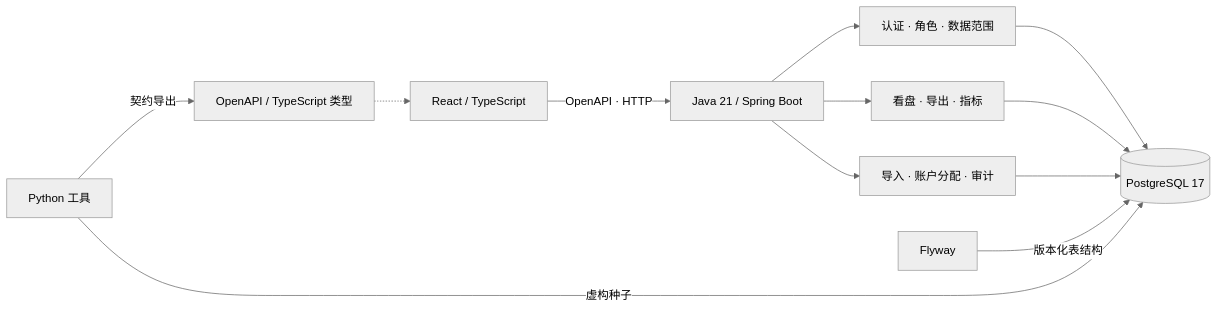
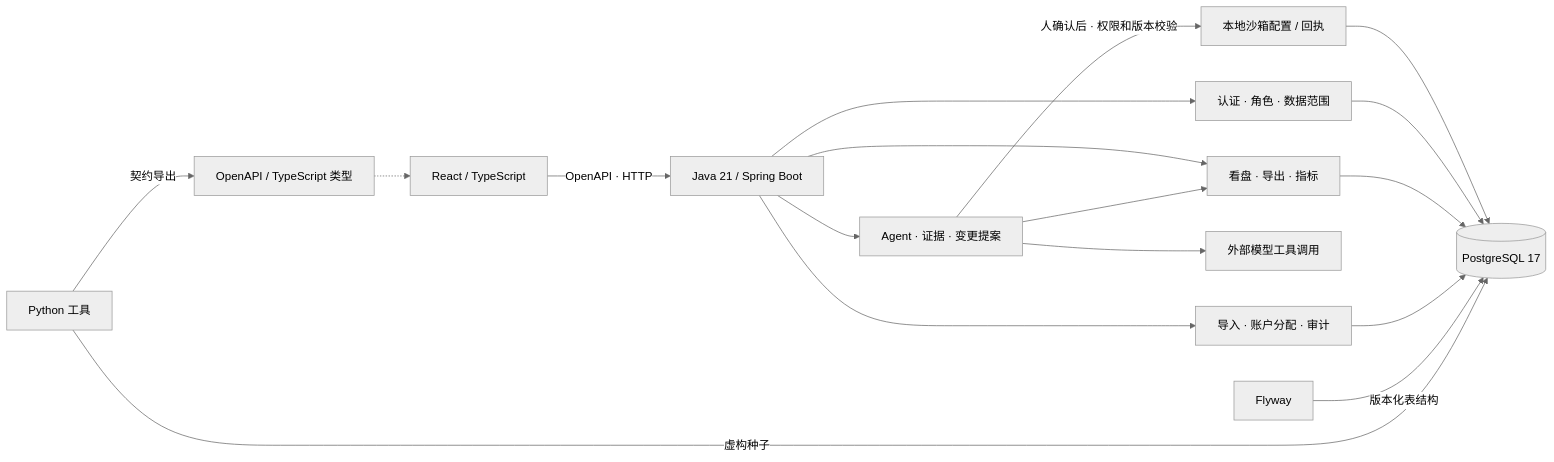
Before and after one commit to xmhuangzhijun-hue/iaa-ops-platform: the diagram in README.md, drawn with Mermaid (neutral theme). The commit also changed other lines of this file and 61 other files, not shown here.

````diff
--- a/README.md
+++ b/README.md
@@ -36,14 +50,19 @@
 ```mermaid
 flowchart LR
   UI[React / TypeScript] -->|OpenAPI · HTTP| API[Java 21 / Spring Boot]
   API --> IAM[认证 · 角色 · 数据范围]
   API --> R[看盘 · 导出 · 指标]
   API --> W[导入 · 账户分配 · 审计]
+  API --> A[Agent · 证据 · 变更提案]
+  A --> LLM[外部模型工具调用]
+  A --> R
+  A -->|人确认后 · 权限和版本校验| S[本地沙箱配置 / 回执]
+  S --> DB
   IAM --> DB[(PostgreSQL 17)]
   R --> DB
   W --> DB
   F[Flyway] -->|版本化表结构| DB
   P[Python 工具] -->|虚构种子| DB
   P -->|契约导出| C[OpenAPI / TypeScript 类型]
   C -.-> UI
 ```
````
